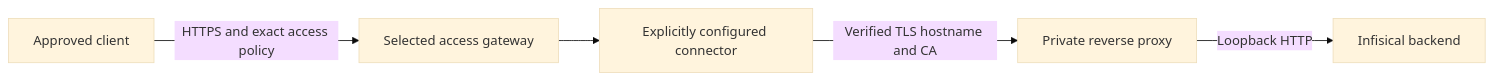
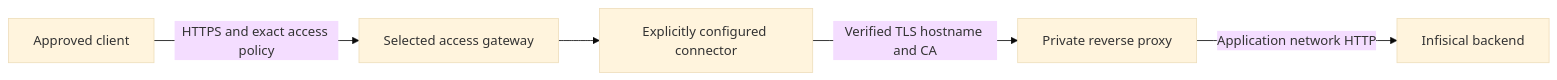
One commit to starodubtsevconsulting/ai-fleas changed the third of 3 diagrams in ai-commands/install/infisical/spec.md. Above: the diagram before and after it, drawn with Mermaid (base theme). The commit also changed other lines of this file and 8 other files, not shown here.

````diff
--- a/ai-commands/install/infisical/spec.md
+++ b/ai-commands/install/infisical/spec.md
@@ -319,7 +358,7 @@
 ```mermaid
 flowchart LR
   User[Approved client] -->|HTTPS and exact access policy| Gateway[Selected access gateway]
   Gateway --> Tunnel[Explicitly configured connector]
   Tunnel -->|Verified TLS hostname and CA| Proxy[Private reverse proxy]
-  Proxy -->|Loopback HTTP| Backend[Infisical backend]
+  Proxy -->|Application network HTTP| Backend[Infisical backend]
 ```
````
